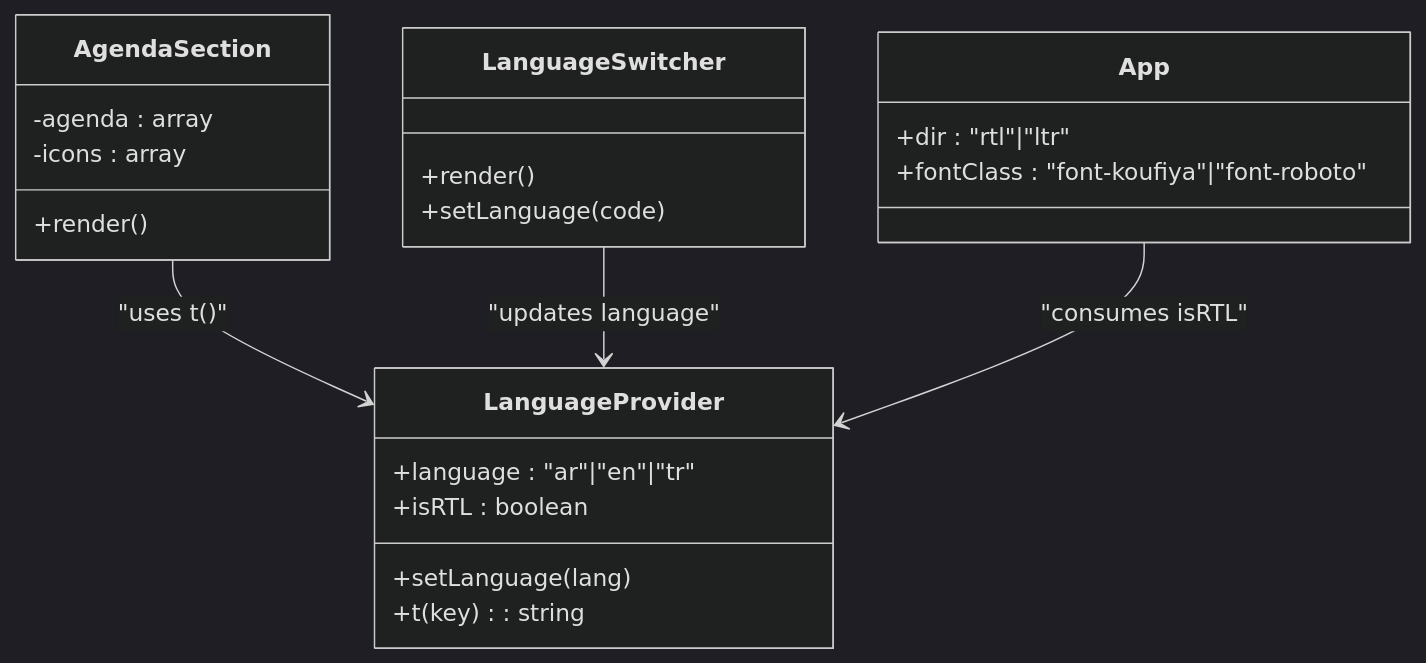
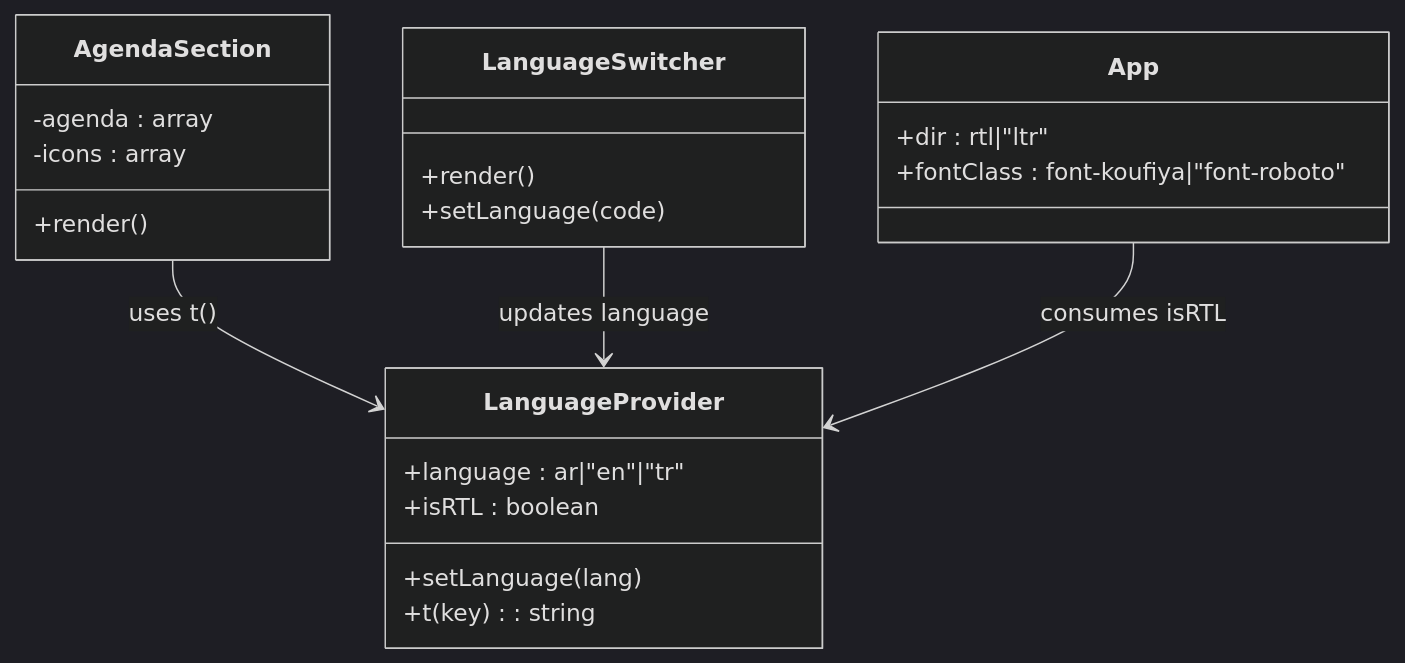
One commit to mohjak/sc-dof changed the third of 7 diagrams in .qoder/repowiki/en/content/Component Reference/Custom Components/Agenda Section.md. Above: the diagram before and after it, drawn with Mermaid (dark theme). The commit also changed other lines of this file and 68 other files, not shown here.

First line of the commit message:
docs(docs): update component architecture docs with markdown formatting fixes

````diff
--- a/.qoder/repowiki/en/content/Component Reference/Custom Components/Agenda Section.md
+++ b/.qoder/repowiki/en/content/Component Reference/Custom Components/Agenda Section.md
@@ -212,25 +210,25 @@
 ```mermaid
 classDiagram
 class LanguageProvider {
-+language : "ar"|"en"|"tr"
++language : ar|"en"|"tr"
 +setLanguage(lang)
 +t(key) : string
 +isRTL : boolean
 }
 class AgendaSection {
 +render()
 -agenda : array
 -icons : array
 }
 class LanguageSwitcher {
 +render()
 +setLanguage(code)
 }
 class App {
-+dir : "rtl"|"ltr"
-+fontClass : "font-koufiya"|"font-roboto"
++dir : rtl|"ltr"
++fontClass : font-koufiya|"font-roboto"
 }
-AgendaSection --> LanguageProvider : "uses t()"
-LanguageSwitcher --> LanguageProvider : "updates language"
-App --> LanguageProvider : "consumes isRTL"
+AgendaSection --> LanguageProvider : uses t()
+LanguageSwitcher --> LanguageProvider : updates language
+App --> LanguageProvider : consumes isRTL
 ```
````
